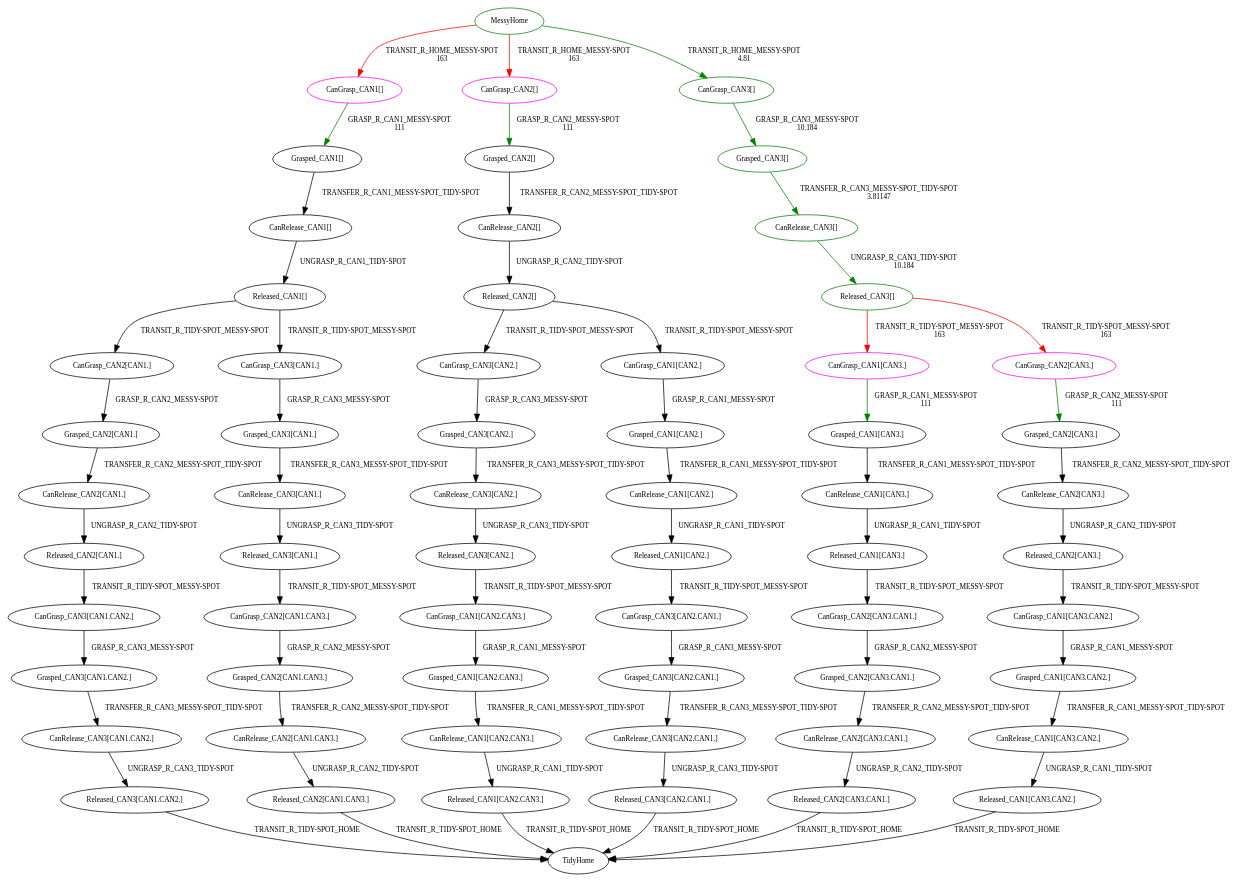
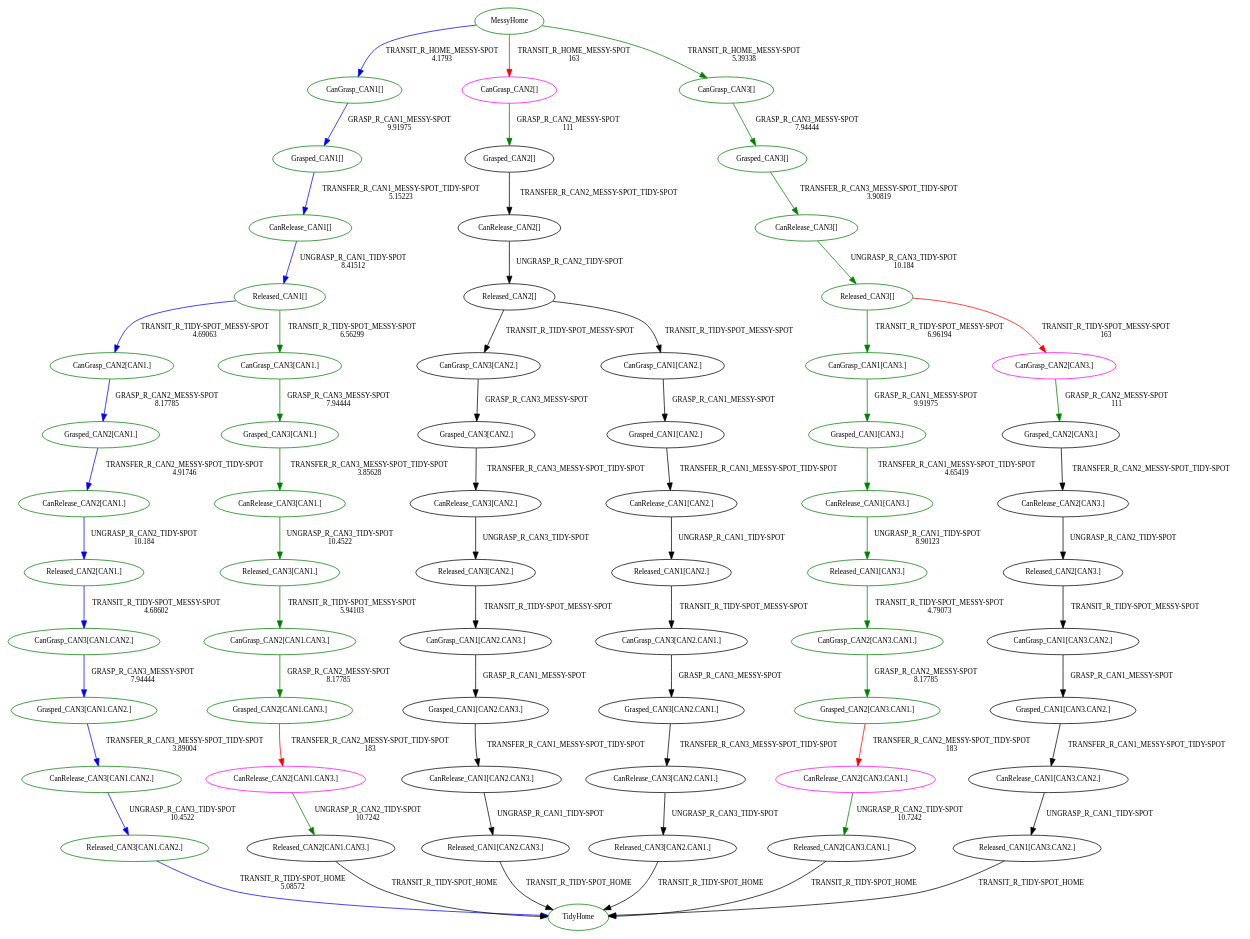
Before and after one commit to tttor/hiroken-ros-pkg: the diagram in planner_manager/tmg/tmg.dot, drawn with Graphviz. The commit also changed 31 other files, not shown here.

```diff
--- a/planner_manager/tmg/tmg.dot
+++ b/planner_manager/tmg/tmg.dot
@@ -1,130 +1,130 @@
 digraph G {
 0[label="MessyHome",fontsize="10",color="green"];
-1[label="TidyHome",fontsize="10"];
-2[label="CanGrasp_CAN1[]",fontsize="10",color="magenta"];
-3[label="Grasped_CAN1[]",fontsize="10"];
-4[label="CanRelease_CAN1[]",fontsize="10"];
-5[label="Released_CAN1[]",fontsize="10"];
-6[label="CanGrasp_CAN2[CAN1.]",fontsize="10"];
-7[label="Grasped_CAN2[CAN1.]",fontsize="10"];
-8[label="CanRelease_CAN2[CAN1.]",fontsize="10"];
-9[label="Released_CAN2[CAN1.]",fontsize="10"];
-10[label="CanGrasp_CAN3[CAN1.CAN2.]",fontsize="10"];
-11[label="Grasped_CAN3[CAN1.CAN2.]",fontsize="10"];
-12[label="CanRelease_CAN3[CAN1.CAN2.]",fontsize="10"];
-13[label="Released_CAN3[CAN1.CAN2.]",fontsize="10"];
-14[label="CanGrasp_CAN3[CAN1.]",fontsize="10"];
-15[label="Grasped_CAN3[CAN1.]",fontsize="10"];
-16[label="CanRelease_CAN3[CAN1.]",fontsize="10"];
-17[label="Released_CAN3[CAN1.]",fontsize="10"];
-18[label="CanGrasp_CAN2[CAN1.CAN3.]",fontsize="10"];
-19[label="Grasped_CAN2[CAN1.CAN3.]",fontsize="10"];
-20[label="CanRelease_CAN2[CAN1.CAN3.]",fontsize="10"];
+1[label="TidyHome",fontsize="10",color="green"];
+2[label="CanGrasp_CAN1[]",fontsize="10",color="green"];
+3[label="Grasped_CAN1[]",fontsize="10",color="green"];
+4[label="CanRelease_CAN1[]",fontsize="10",color="green"];
+5[label="Released_CAN1[]",fontsize="10",color="green"];
+6[label="CanGrasp_CAN2[CAN1.]",fontsize="10",color="green"];
+7[label="Grasped_CAN2[CAN1.]",fontsize="10",color="green"];
+8[label="CanRelease_CAN2[CAN1.]",fontsize="10",color="green"];
+9[label="Released_CAN2[CAN1.]",fontsize="10",color="green"];
+10[label="CanGrasp_CAN3[CAN1.CAN2.]",fontsize="10",color="green"];
+11[label="Grasped_CAN3[CAN1.CAN2.]",fontsize="10",color="green"];
+12[label="CanRelease_CAN3[CAN1.CAN2.]",fontsize="10",color="green"];
+13[label="Released_CAN3[CAN1.CAN2.]",fontsize="10",color="green"];
+14[label="CanGrasp_CAN3[CAN1.]",fontsize="10",color="green"];
+15[label="Grasped_CAN3[CAN1.]",fontsize="10",color="green"];
+16[label="CanRelease_CAN3[CAN1.]",fontsize="10",color="green"];
+17[label="Released_CAN3[CAN1.]",fontsize="10",color="green"];
+18[label="CanGrasp_CAN2[CAN1.CAN3.]",fontsize="10",color="green"];
+19[label="Grasped_CAN2[CAN1.CAN3.]",fontsize="10",color="green"];
+20[label="CanRelease_CAN2[CAN1.CAN3.]",fontsize="10",color="magenta"];
 21[label="Released_CAN2[CAN1.CAN3.]",fontsize="10"];
 22[label="CanGrasp_CAN2[]",fontsize="10",color="magenta"];
 23[label="Grasped_CAN2[]",fontsize="10"];
 24[label="CanRelease_CAN2[]",fontsize="10"];
 25[label="Released_CAN2[]",fontsize="10"];
 26[label="CanGrasp_CAN3[CAN2.]",fontsize="10"];
 27[label="Grasped_CAN3[CAN2.]",fontsize="10"];
 28[label="CanRelease_CAN3[CAN2.]",fontsize="10"];
 29[label="Released_CAN3[CAN2.]",fontsize="10"];
 30[label="CanGrasp_CAN1[CAN2.CAN3.]",fontsize="10"];
 31[label="Grasped_CAN1[CAN2.CAN3.]",fontsize="10"];
 32[label="CanRelease_CAN1[CAN2.CAN3.]",fontsize="10"];
 33[label="Released_CAN1[CAN2.CAN3.]",fontsize="10"];
 34[label="CanGrasp_CAN1[CAN2.]",fontsize="10"];
 35[label="Grasped_CAN1[CAN2.]",fontsize="10"];
 36[label="CanRelease_CAN1[CAN2.]",fontsize="10"];
 37[label="Released_CAN1[CAN2.]",fontsize="10"];
 38[label="CanGrasp_CAN3[CAN2.CAN1.]",fontsize="10"];
 39[label="Grasped_CAN3[CAN2.CAN1.]",fontsize="10"];
 40[label="CanRelease_CAN3[CAN2.CAN1.]",fontsize="10"];
 41[label="Released_CAN3[CAN2.CAN1.]",fontsize="10"];
 42[label="CanGrasp_CAN3[]",fontsize="10",color="green"];
 43[label="Grasped_CAN3[]",fontsize="10",color="green"];
 44[label="CanRelease_CAN3[]",fontsize="10",color="green"];
 45[label="Released_CAN3[]",fontsize="10",color="green"];
-46[label="CanGrasp_CAN1[CAN3.]",fontsize="10",color="magenta"];
-47[label="Grasped_CAN1[CAN3.]",fontsize="10"];
-48[label="CanRelease_CAN1[CAN3.]",fontsize="10"];
-49[label="Released_CAN1[CAN3.]",fontsize="10"];
-50[label="CanGrasp_CAN2[CAN3.CAN1.]",fontsize="10"];
-51[label="Grasped_CAN2[CAN3.CAN1.]",fontsize="10"];
-52[label="CanRelease_CAN2[CAN3.CAN1.]",fontsize="10"];
+46[label="CanGrasp_CAN1[CAN3.]",fontsize="10",color="green"];
+47[label="Grasped_CAN1[CAN3.]",fontsize="10",color="green"];
+48[label="CanRelease_CAN1[CAN3.]",fontsize="10",color="green"];
+49[label="Released_CAN1[CAN3.]",fontsize="10",color="green"];
+50[label="CanGrasp_CAN2[CAN3.CAN1.]",fontsize="10",color="green"];
+51[label="Grasped_CAN2[CAN3.CAN1.]",fontsize="10",color="green"];
+52[label="CanRelease_CAN2[CAN3.CAN1.]",fontsize="10",color="magenta"];
 53[label="Released_CAN2[CAN3.CAN1.]",fontsize="10"];
 54[label="CanGrasp_CAN2[CAN3.]",fontsize="10",color="magenta"];
 55[label="Grasped_CAN2[CAN3.]",fontsize="10"];
 56[label="CanRelease_CAN2[CAN3.]",fontsize="10"];
 57[label="Released_CAN2[CAN3.]",fontsize="10"];
 58[label="CanGrasp_CAN1[CAN3.CAN2.]",fontsize="10"];
 59[label="Grasped_CAN1[CAN3.CAN2.]",fontsize="10"];
 60[label="CanRelease_CAN1[CAN3.CAN2.]",fontsize="10"];
 61[label="Released_CAN1[CAN3.CAN2.]",fontsize="10"];
-0->2 [label="TRANSIT_R_HOME_MESSY-SPOT\n163",fontsize="10",color="red"];
-2->3 [label="GRASP_R_CAN1_MESSY-SPOT\n111",fontsize="10",color="green"];
-3->4 [label="TRANSFER_R_CAN1_MESSY-SPOT_TIDY-SPOT",fontsize="10"];
-4->5 [label="UNGRASP_R_CAN1_TIDY-SPOT",fontsize="10"];
-5->6 [label="TRANSIT_R_TIDY-SPOT_MESSY-SPOT",fontsize="10"];
-6->7 [label="GRASP_R_CAN2_MESSY-SPOT",fontsize="10"];
-7->8 [label="TRANSFER_R_CAN2_MESSY-SPOT_TIDY-SPOT",fontsize="10"];
-8->9 [label="UNGRASP_R_CAN2_TIDY-SPOT",fontsize="10"];
-9->10 [label="TRANSIT_R_TIDY-SPOT_MESSY-SPOT",fontsize="10"];
-10->11 [label="GRASP_R_CAN3_MESSY-SPOT",fontsize="10"];
-11->12 [label="TRANSFER_R_CAN3_MESSY-SPOT_TIDY-SPOT",fontsize="10"];
-12->13 [label="UNGRASP_R_CAN3_TIDY-SPOT",fontsize="10"];
-13->1 [label="TRANSIT_R_TIDY-SPOT_HOME",fontsize="10"];
-5->14 [label="TRANSIT_R_TIDY-SPOT_MESSY-SPOT",fontsize="10"];
-14->15 [label="GRASP_R_CAN3_MESSY-SPOT",fontsize="10"];
-15->16 [label="TRANSFER_R_CAN3_MESSY-SPOT_TIDY-SPOT",fontsize="10"];
-16->17 [label="UNGRASP_R_CAN3_TIDY-SPOT",fontsize="10"];
-17->18 [label="TRANSIT_R_TIDY-SPOT_MESSY-SPOT",fontsize="10"];
-18->19 [label="GRASP_R_CAN2_MESSY-SPOT",fontsize="10"];
-19->20 [label="TRANSFER_R_CAN2_MESSY-SPOT_TIDY-SPOT",fontsize="10"];
-20->21 [label="UNGRASP_R_CAN2_TIDY-SPOT",fontsize="10"];
+0->2 [label="TRANSIT_R_HOME_MESSY-SPOT\n4.1793",fontsize="10",color="blue"];
+2->3 [label="GRASP_R_CAN1_MESSY-SPOT\n9.91975",fontsize="10",color="blue"];
+3->4 [label="TRANSFER_R_CAN1_MESSY-SPOT_TIDY-SPOT\n5.15223",fontsize="10",color="blue"];
+4->5 [label="UNGRASP_R_CAN1_TIDY-SPOT\n8.41512",fontsize="10",color="blue"];
+5->6 [label="TRANSIT_R_TIDY-SPOT_MESSY-SPOT\n4.69063",fontsize="10",color="blue"];
+6->7 [label="GRASP_R_CAN2_MESSY-SPOT\n8.17785",fontsize="10",color="blue"];
+7->8 [label="TRANSFER_R_CAN2_MESSY-SPOT_TIDY-SPOT\n4.91746",fontsize="10",color="blue"];
+8->9 [label="UNGRASP_R_CAN2_TIDY-SPOT\n10.184",fontsize="10",color="blue"];
+9->10 [label="TRANSIT_R_TIDY-SPOT_MESSY-SPOT\n4.68602",fontsize="10",color="blue"];
+10->11 [label="GRASP_R_CAN3_MESSY-SPOT\n7.94444",fontsize="10",color="blue"];
+11->12 [label="TRANSFER_R_CAN3_MESSY-SPOT_TIDY-SPOT\n3.89004",fontsize="10",color="blue"];
+12->13 [label="UNGRASP_R_CAN3_TIDY-SPOT\n10.4522",fontsize="10",color="blue"];
+13->1 [label="TRANSIT_R_TIDY-SPOT_HOME\n5.08572",fontsize="10",color="blue"];
+5->14 [label="TRANSIT_R_TIDY-SPOT_MESSY-SPOT\n6.56299",fontsize="10",color="green"];
+14->15 [label="GRASP_R_CAN3_MESSY-SPOT\n7.94444",fontsize="10",color="green"];
+15->16 [label="TRANSFER_R_CAN3_MESSY-SPOT_TIDY-SPOT\n3.85628",fontsize="10",color="green"];
+16->17 [label="UNGRASP_R_CAN3_TIDY-SPOT\n10.4522",fontsize="10",color="green"];
+17->18 [label="TRANSIT_R_TIDY-SPOT_MESSY-SPOT\n5.94103",fontsize="10",color="green"];
+18->19 [label="GRASP_R_CAN2_MESSY-SPOT\n8.17785",fontsize="10",color="green"];
+19->20 [label="TRANSFER_R_CAN2_MESSY-SPOT_TIDY-SPOT\n183",fontsize="10",color="red"];
+20->21 [label="UNGRASP_R_CAN2_TIDY-SPOT\n10.7242",fontsize="10",color="green"];
 21->1 [label="TRANSIT_R_TIDY-SPOT_HOME",fontsize="10"];
 0->22 [label="TRANSIT_R_HOME_MESSY-SPOT\n163",fontsize="10",color="red"];
 22->23 [label="GRASP_R_CAN2_MESSY-SPOT\n111",fontsize="10",color="green"];
 23->24 [label="TRANSFER_R_CAN2_MESSY-SPOT_TIDY-SPOT",fontsize="10"];
 24->25 [label="UNGRASP_R_CAN2_TIDY-SPOT",fontsize="10"];
 25->26 [label="TRANSIT_R_TIDY-SPOT_MESSY-SPOT",fontsize="10"];
 26->27 [label="GRASP_R_CAN3_MESSY-SPOT",fontsize="10"];
 27->28 [label="TRANSFER_R_CAN3_MESSY-SPOT_TIDY-SPOT",fontsize="10"];
 28->29 [label="UNGRASP_R_CAN3_TIDY-SPOT",fontsize="10"];
 29->30 [label="TRANSIT_R_TIDY-SPOT_MESSY-SPOT",fontsize="10"];
 30->31 [label="GRASP_R_CAN1_MESSY-SPOT",fontsize="10"];
 31->32 [label="TRANSFER_R_CAN1_MESSY-SPOT_TIDY-SPOT",fontsize="10"];
 32->33 [label="UNGRASP_R_CAN1_TIDY-SPOT",fontsize="10"];
 33->1 [label="TRANSIT_R_TIDY-SPOT_HOME",fontsize="10"];
 25->34 [label="TRANSIT_R_TIDY-SPOT_MESSY-SPOT",fontsize="10"];
 34->35 [label="GRASP_R_CAN1_MESSY-SPOT",fontsize="10"];
 35->36 [label="TRANSFER_R_CAN1_MESSY-SPOT_TIDY-SPOT",fontsize="10"];
 36->37 [label="UNGRASP_R_CAN1_TIDY-SPOT",fontsize="10"];
 37->38 [label="TRANSIT_R_TIDY-SPOT_MESSY-SPOT",fontsize="10"];
 38->39 [label="GRASP_R_CAN3_MESSY-SPOT",fontsize="10"];
 39->40 [label="TRANSFER_R_CAN3_MESSY-SPOT_TIDY-SPOT",fontsize="10"];
 40->41 [label="UNGRASP_R_CAN3_TIDY-SPOT",fontsize="10"];
 41->1 [label="TRANSIT_R_TIDY-SPOT_HOME",fontsize="10"];
-0->42 [label="TRANSIT_R_HOME_MESSY-SPOT\n4.81",fontsize="10",color="green"];
-42->43 [label="GRASP_R_CAN3_MESSY-SPOT\n10.184",fontsize="10",color="green"];
-43->44 [label="TRANSFER_R_CAN3_MESSY-SPOT_TIDY-SPOT\n3.81147",fontsize="10",color="green"];
+0->42 [label="TRANSIT_R_HOME_MESSY-SPOT\n5.39338",fontsize="10",color="green"];
+42->43 [label="GRASP_R_CAN3_MESSY-SPOT\n7.94444",fontsize="10",color="green"];
+43->44 [label="TRANSFER_R_CAN3_MESSY-SPOT_TIDY-SPOT\n3.90819",fontsize="10",color="green"];
 44->45 [label="UNGRASP_R_CAN3_TIDY-SPOT\n10.184",fontsize="10",color="green"];
-45->46 [label="TRANSIT_R_TIDY-SPOT_MESSY-SPOT\n163",fontsize="10",color="red"];
-46->47 [label="GRASP_R_CAN1_MESSY-SPOT\n111",fontsize="10",color="green"];
-47->48 [label="TRANSFER_R_CAN1_MESSY-SPOT_TIDY-SPOT",fontsize="10"];
-48->49 [label="UNGRASP_R_CAN1_TIDY-SPOT",fontsize="10"];
-49->50 [label="TRANSIT_R_TIDY-SPOT_MESSY-SPOT",fontsize="10"];
-50->51 [label="GRASP_R_CAN2_MESSY-SPOT",fontsize="10"];
-51->52 [label="TRANSFER_R_CAN2_MESSY-SPOT_TIDY-SPOT",fontsize="10"];
-52->53 [label="UNGRASP_R_CAN2_TIDY-SPOT",fontsize="10"];
+45->46 [label="TRANSIT_R_TIDY-SPOT_MESSY-SPOT\n6.96194",fontsize="10",color="green"];
+46->47 [label="GRASP_R_CAN1_MESSY-SPOT\n9.91975",fontsize="10",color="green"];
+47->48 [label="TRANSFER_R_CAN1_MESSY-SPOT_TIDY-SPOT\n4.65419",fontsize="10",color="green"];
+48->49 [label="UNGRASP_R_CAN1_TIDY-SPOT\n8.90123",fontsize="10",color="green"];
+49->50 [label="TRANSIT_R_TIDY-SPOT_MESSY-SPOT\n4.79073",fontsize="10",color="green"];
+50->51 [label="GRASP_R_CAN2_MESSY-SPOT\n8.17785",fontsize="10",color="green"];
+51->52 [label="TRANSFER_R_CAN2_MESSY-SPOT_TIDY-SPOT\n183",fontsize="10",color="red"];
+52->53 [label="UNGRASP_R_CAN2_TIDY-SPOT\n10.7242",fontsize="10",color="green"];
 53->1 [label="TRANSIT_R_TIDY-SPOT_HOME",fontsize="10"];
 45->54 [label="TRANSIT_R_TIDY-SPOT_MESSY-SPOT\n163",fontsize="10",color="red"];
 54->55 [label="GRASP_R_CAN2_MESSY-SPOT\n111",fontsize="10",color="green"];
 55->56 [label="TRANSFER_R_CAN2_MESSY-SPOT_TIDY-SPOT",fontsize="10"];
 56->57 [label="UNGRASP_R_CAN2_TIDY-SPOT",fontsize="10"];
 57->58 [label="TRANSIT_R_TIDY-SPOT_MESSY-SPOT",fontsize="10"];
 58->59 [label="GRASP_R_CAN1_MESSY-SPOT",fontsize="10"];
 59->60 [label="TRANSFER_R_CAN1_MESSY-SPOT_TIDY-SPOT",fontsize="10"];
 60->61 [label="UNGRASP_R_CAN1_TIDY-SPOT",fontsize="10"];
 61->1 [label="TRANSIT_R_TIDY-SPOT_HOME",fontsize="10"];
 }
```
